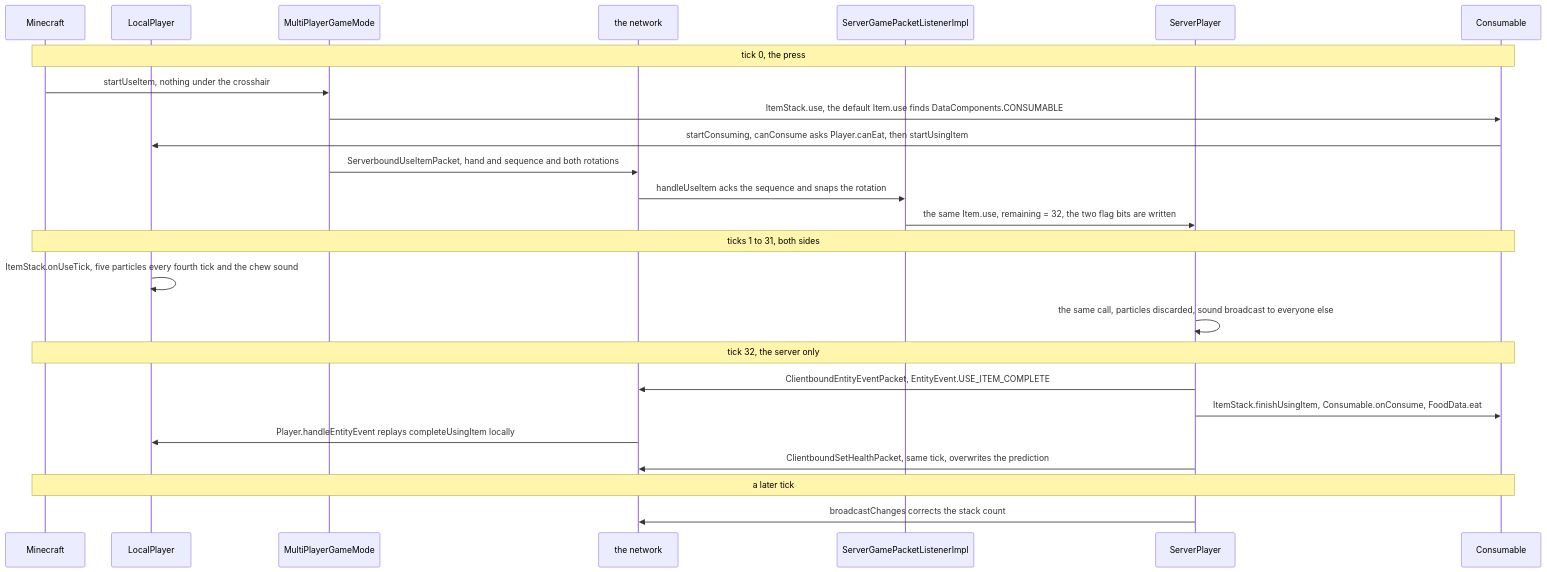
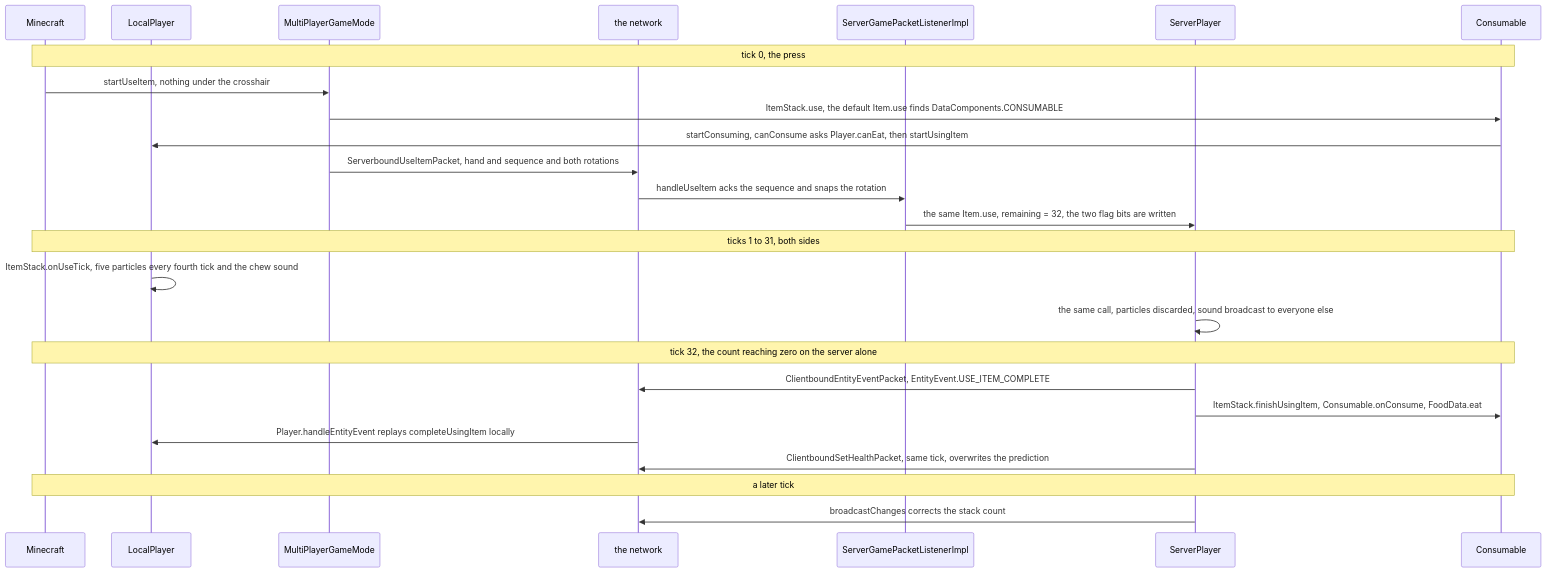
One commit to AlexanderjFraser/MinecraftDocs changed the second of 3 diagrams in src/systems/items/using-an-item.md. Above: the diagram before and after it, drawn with Mermaid. The commit also changed other lines of this file and 13 other files, not shown here.

````diff
--- a/src/systems/items/using-an-item.md
+++ b/src/systems/items/using-an-item.md
@@ -227,28 +229,28 @@
 ```mermaid
 sequenceDiagram
     participant MC as Minecraft
     participant LP as LocalPlayer
     participant MPGM as MultiPlayerGameMode
     participant Wire as the network
     participant SGPL as ServerGamePacketListenerImpl
     participant SP as ServerPlayer
     participant Cons as Consumable
 
     Note over MC,Cons: tick 0, the press
     MC->>MPGM: startUseItem, nothing under the crosshair
     MPGM->>Cons: ItemStack.use, the default Item.use finds DataComponents.CONSUMABLE
     Cons->>LP: startConsuming, canConsume asks Player.canEat, then startUsingItem
     MPGM->>Wire: ServerboundUseItemPacket, hand and sequence and both rotations
     Wire->>SGPL: handleUseItem acks the sequence and snaps the rotation
     SGPL->>SP: the same Item.use, remaining = 32, the two flag bits are written
     Note over MC,Cons: ticks 1 to 31, both sides
     LP->>LP: ItemStack.onUseTick, five particles every fourth tick and the chew sound
     SP->>SP: the same call, particles discarded, sound broadcast to everyone else
-    Note over MC,Cons: tick 32, the server only
+    Note over MC,Cons: tick 32, the count reaching zero on the server alone
     SP->>Wire: ClientboundEntityEventPacket, EntityEvent.USE_ITEM_COMPLETE
     SP->>Cons: ItemStack.finishUsingItem, Consumable.onConsume, FoodData.eat
     Wire->>LP: Player.handleEntityEvent replays completeUsingItem locally
     SP->>Wire: ClientboundSetHealthPacket, same tick, overwrites the prediction
     Note over MC,Cons: a later tick
     SP->>Wire: broadcastChanges corrects the stack count
 ```
````
